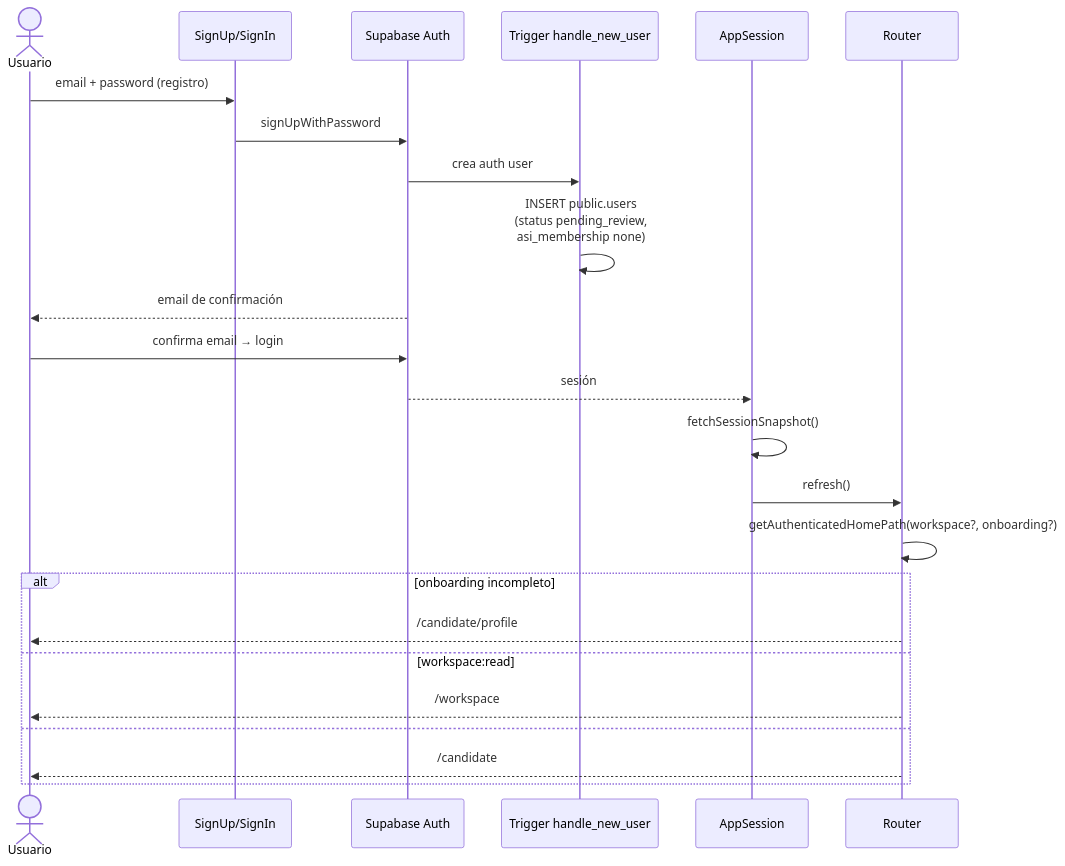
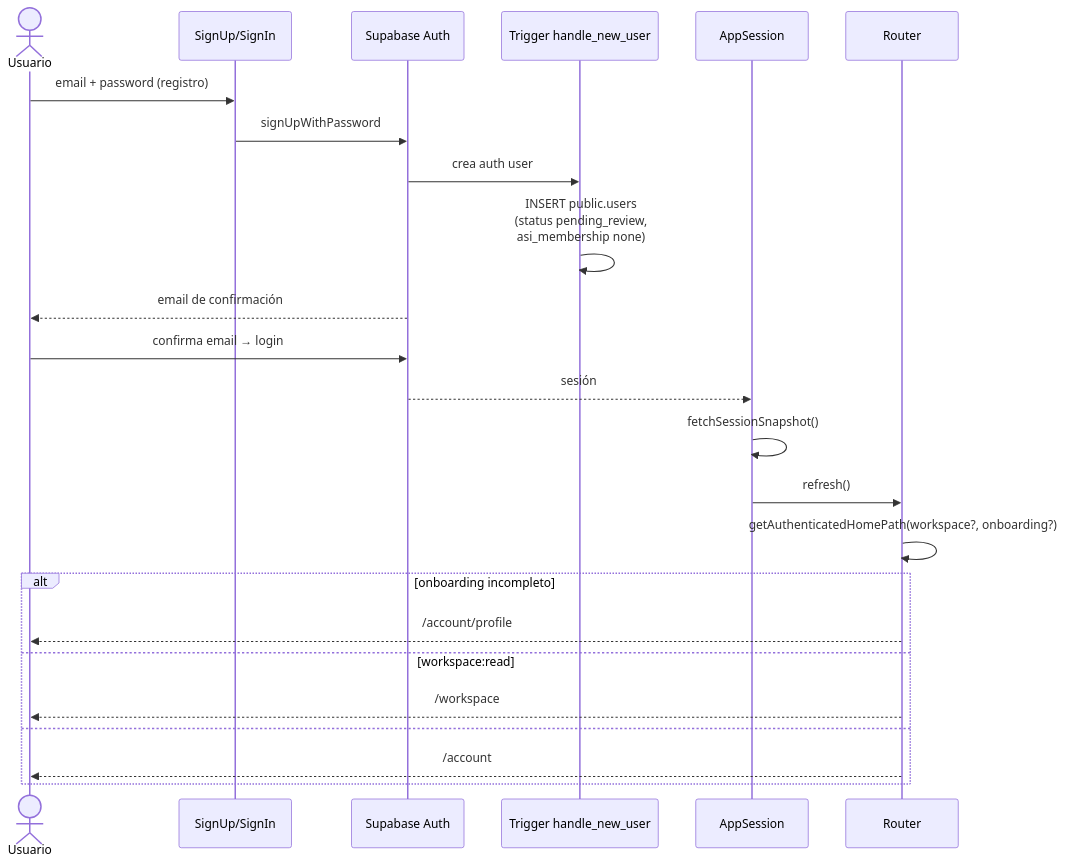
Before and after one commit to EdgarJr30/asi_do: the sixth of 23 diagrams in docs/architecture/plataforma-flujograma.md, drawn with Mermaid. The commit also changed other lines of this file and 32 other files, not shown here.

````diff
--- a/docs/architecture/plataforma-flujograma.md
+++ b/docs/architecture/plataforma-flujograma.md
@@ -227,27 +227,27 @@
 ```mermaid
 sequenceDiagram
     actor U as Usuario
     participant UI as SignUp/SignIn
     participant SB as Supabase Auth
     participant TRG as Trigger handle_new_user
     participant SES as AppSession
     participant RT as Router
 
     U->>UI: email + password (registro)
     UI->>SB: signUpWithPassword
     SB->>TRG: crea auth user
     TRG->>TRG: INSERT public.users<br/>(status pending_review,<br/>asi_membership none)
     SB-->>U: email de confirmación
     U->>SB: confirma email → login
     SB-->>SES: sesión
     SES->>SES: fetchSessionSnapshot()
     SES->>RT: refresh()
     RT->>RT: getAuthenticatedHomePath(workspace?, onboarding?)
     alt onboarding incompleto
-        RT-->>U: /candidate/profile
+        RT-->>U: /account/profile
     else workspace:read
         RT-->>U: /workspace
     else
-        RT-->>U: /candidate
+        RT-->>U: /account
     end
 ```
````
